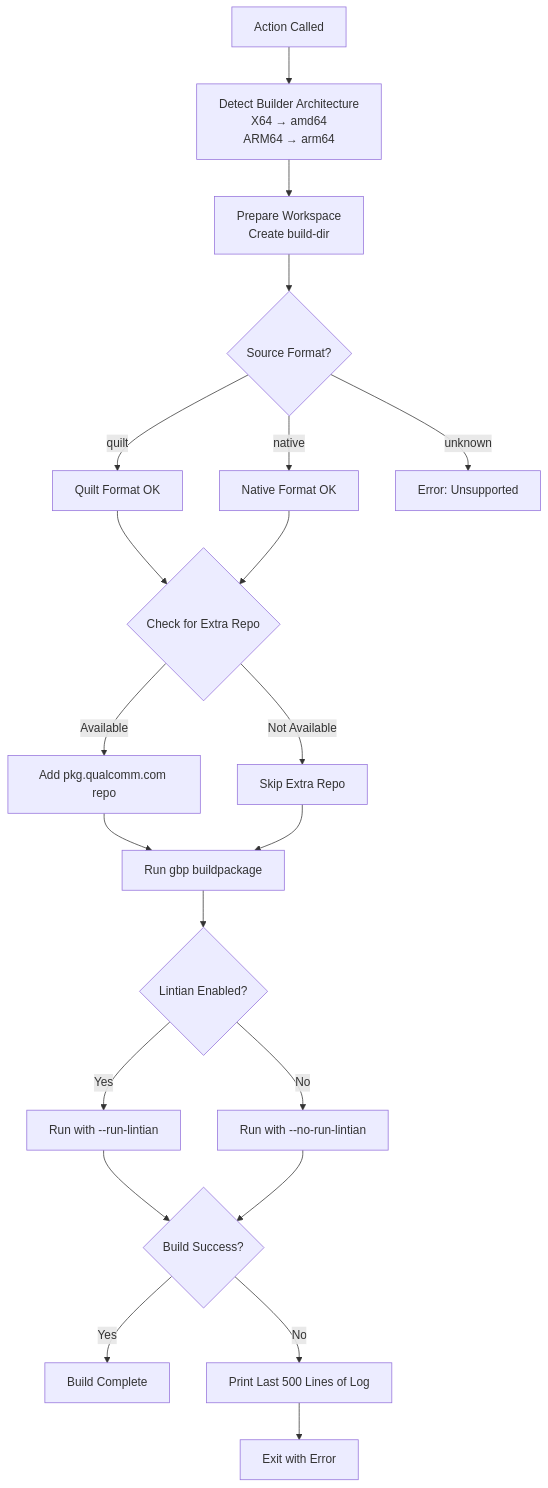
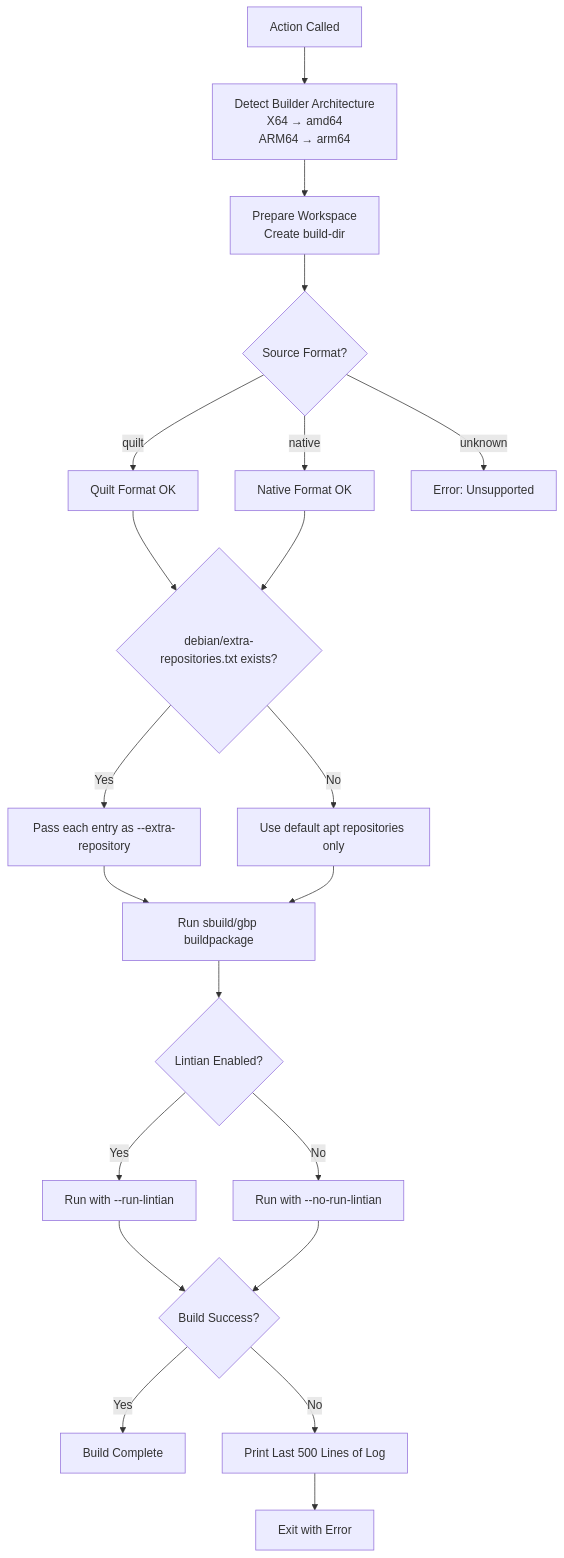
The diagram in docs/actions/build_package.md (qualcomm-linux/qcom-build-utils), drawn with Mermaid before and after one commit. The commit also changed other lines of this file and 1 other file, not shown here.

First line of the commit message:
ci: support suite-aware extra repos

````diff
--- a/docs/actions/build_package.md
+++ b/docs/actions/build_package.md
@@ -18,23 +51,23 @@
 ```mermaid
 flowchart TD
     A[Action Called] --> B[Detect Builder Architecture<br/>X64 → amd64<br/>ARM64 → arm64]
     B --> C[Prepare Workspace<br/>Create build-dir]
     C --> D{Source Format?}
     D -->|quilt| E[Quilt Format OK]
     D -->|native| F[Native Format OK]
     D -->|unknown| G[Error: Unsupported]
-    E --> H{Check for Extra Repo}
+    E --> H{debian/extra-repositories.txt exists?}
     F --> H
-    H -->|Available| I[Add pkg.qualcomm.com repo]
-    H -->|Not Available| J[Skip Extra Repo]
-    I --> K[Run gbp buildpackage]
+    H -->|Yes| I[Pass each entry as --extra-repository]
+    H -->|No| J[Use default apt repositories only]
+    I --> K[Run sbuild/gbp buildpackage]
     J --> K
     K --> L{Lintian Enabled?}
     L -->|Yes| M[Run with --run-lintian]
     L -->|No| N[Run with --no-run-lintian]
     M --> O{Build Success?}
     N --> O
     O -->|Yes| P[Build Complete]
     O -->|No| Q[Print Last 500 Lines of Log]
     Q --> R[Exit with Error]
 ```
````
